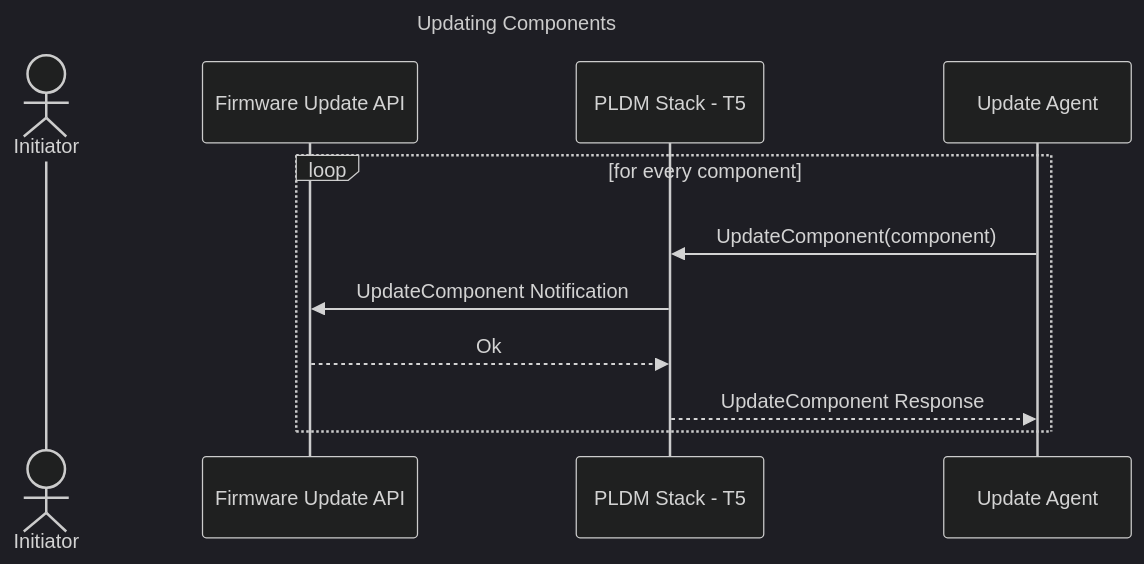
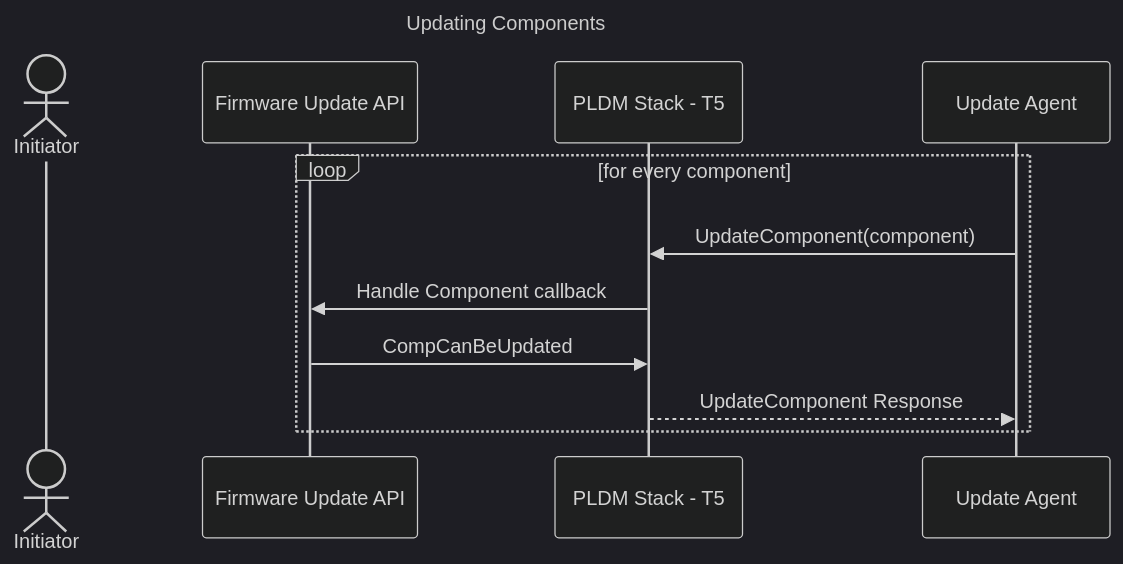
Before and after one commit to chipsalliance/caliptra-mcu-sw: the fifth of 10 diagrams in docs/src/firmware_update.md, drawn with Mermaid (dark theme). The commit also changed other lines of this file, not shown here.

First line of the commit message:
docs: Add MCU hitless update reset flow sequence diagram

````diff
--- a/docs/src/firmware_update.md
+++ b/docs/src/firmware_update.md
@@ -91,16 +90,16 @@
 ```mermaid
 sequenceDiagram
     title Updating Components
 
     actor App as Initiator
     participant API as Firmware Update API
     participant Firmware as PLDM Stack - T5
     participant PLDM as Update Agent
 
     loop for every component
         PLDM->>Firmware: UpdateComponent(component)
-        Firmware->>API: UpdateComponent Notification
-        API-->>Firmware: Ok
+        Firmware->>API: Handle Component callback
+        API->>Firmware: CompCanBeUpdated
         Firmware-->>PLDM: UpdateComponent Response
     end
 ```
````
